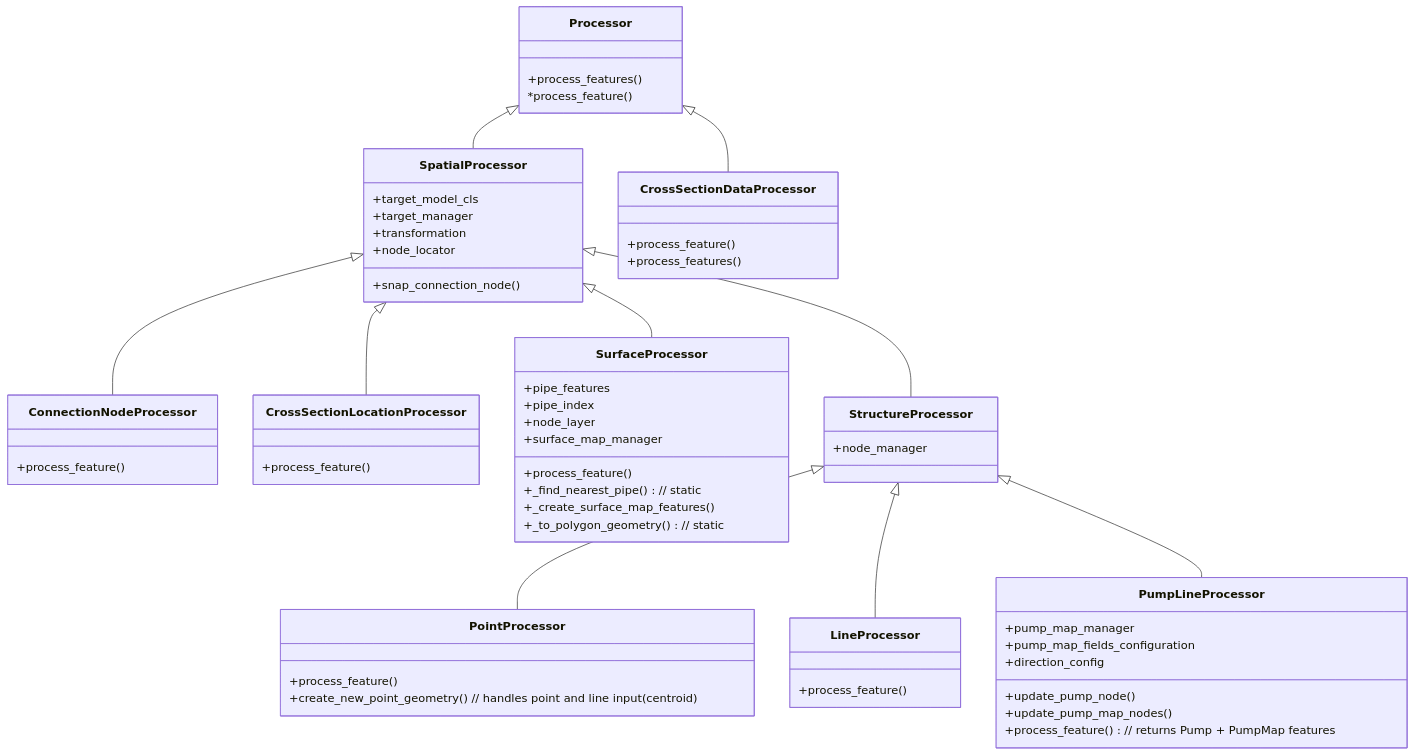
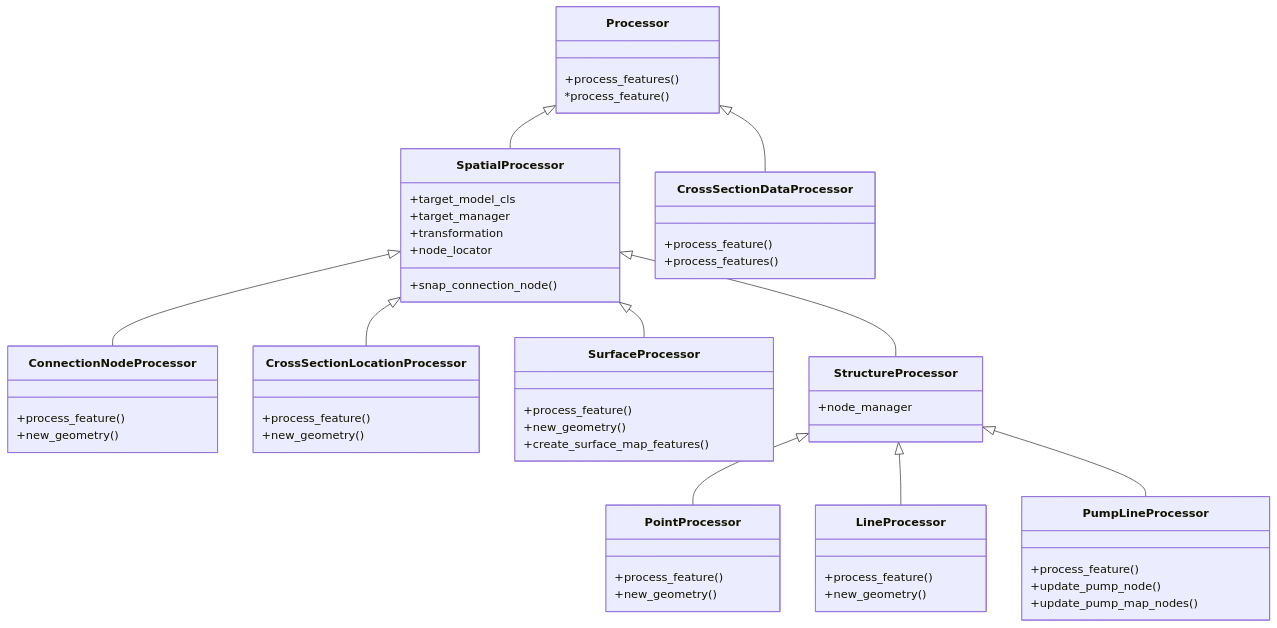
Before and after one commit to nens/threedi-schematisation-editor: the fourth of 5 diagrams in threedi_schematisation_editor/vector_data_importer/DESIGN.md, drawn with Mermaid. The commit also changed 2 other files, not shown here.

Commit message:
Clean up code and update docs

````diff
--- a/threedi_schematisation_editor/vector_data_importer/DESIGN.md
+++ b/threedi_schematisation_editor/vector_data_importer/DESIGN.md
@@ -229,71 +229,66 @@
 ```mermaid
 classDiagram
     Processor <|-- SpatialProcessor
     Processor <|-- CrossSectionDataProcessor
     SpatialProcessor <|-- ConnectionNodeProcessor
     SpatialProcessor <|-- CrossSectionLocationProcessor
     SpatialProcessor <|-- SurfaceProcessor
     SpatialProcessor <|-- StructureProcessor
     StructureProcessor <|-- PointProcessor
     StructureProcessor <|-- LineProcessor
     StructureProcessor <|-- PumpLineProcessor
 
     class Processor {
         +process_features()
         *process_feature()
     }
     
     class CrossSectionDataProcessor {
         +process_feature()
         +process_features()
     }    
 
     class SpatialProcessor {
         +target_model_cls
         +target_manager
         +transformation
         +node_locator
         +snap_connection_node()
     }
 
     class ConnectionNodeProcessor {
         +process_feature()
+        +new_geometry()
     }
     
     class CrossSectionLocationProcessor {
         +process_feature()
+        +new_geometry()
     }
 
     class SurfaceProcessor {
-        +pipe_features
-        +pipe_index
-        +node_layer
-        +surface_map_manager
         +process_feature()
-        +_find_nearest_pipe() // static
-        +_create_surface_map_features()
-        +_to_polygon_geometry() // static
+        +new_geometry()
+        +create_surface_map_features()
     }
 
     class StructureProcessor {
         +node_manager
     }
 
     class PointProcessor {
         +process_feature()
-        +create_new_point_geometry()  // handles point and line input (centroid)
+        +new_geometry()
     }
 
     class LineProcessor {
         +process_feature()
+        +new_geometry()
     }
 
     class PumpLineProcessor {
-        +pump_map_manager
-        +pump_map_fields_configuration
-        +direction_config
+        +process_feature() 
         +update_pump_node()
         +update_pump_map_nodes()
-        +process_feature()   // returns Pump + PumpMap features
     }
 ```
````
